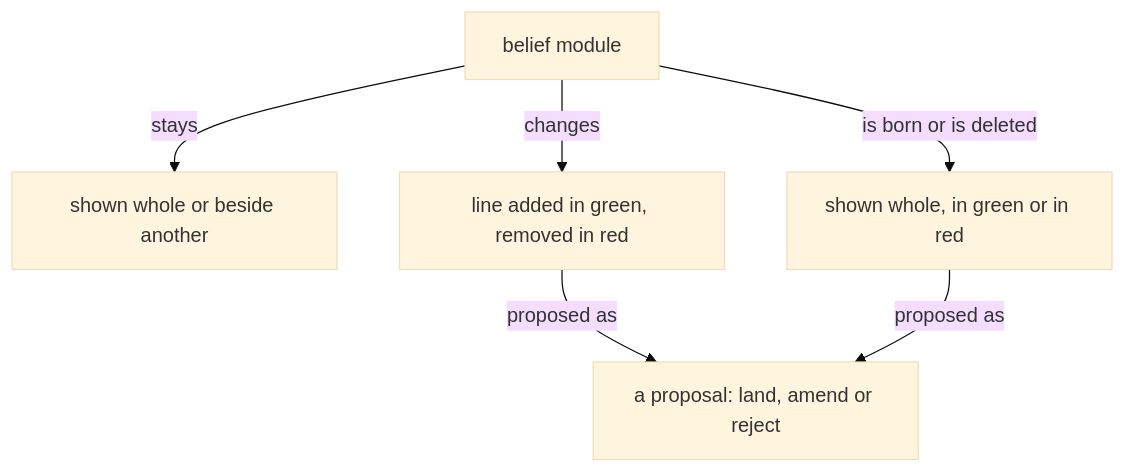
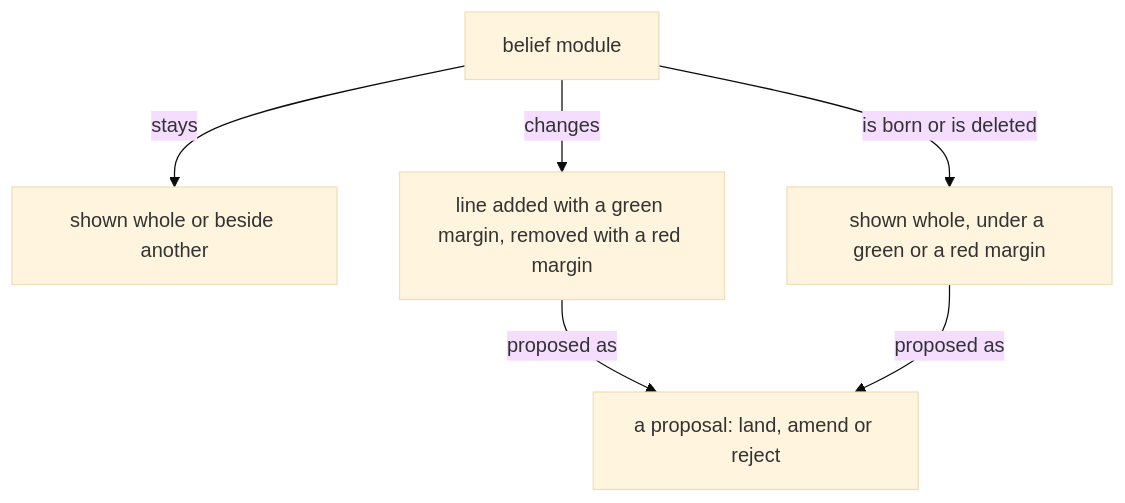
The second of 2 diagrams in vision/book.md (LiGoldragon/psyche-belief), drawn with Mermaid (base theme) before and after one commit. The commit also changed other lines of this file and 1 other file, not shown here.

````diff
--- a/vision/book.md
+++ b/vision/book.md
@@ -45,8 +47,8 @@
 ```mermaid
 flowchart TB
     a["belief module"] -- "stays" --> b["shown whole or beside another"]
-    a -- "changes" --> c["line added in green, removed in red"]
-    a -- "is born or is deleted" --> d["shown whole, in green or in red"]
+    a -- "changes" --> c["line added with a green margin, removed with a red margin"]
+    a -- "is born or is deleted" --> d["shown whole, under a green or a red margin"]
     c -- "proposed as" --> e["a proposal: land, amend or reject"]
     d -- "proposed as" --> e
 ```
````
